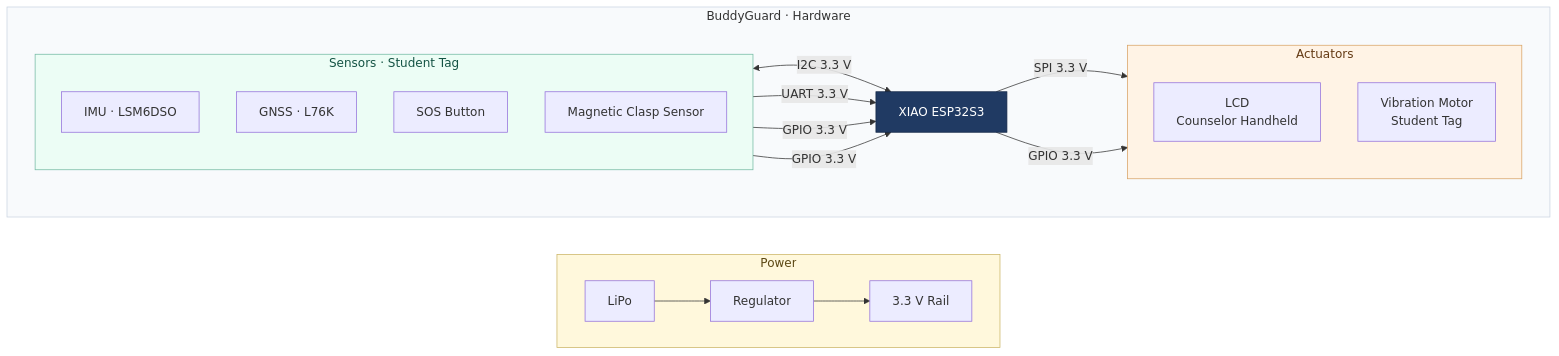
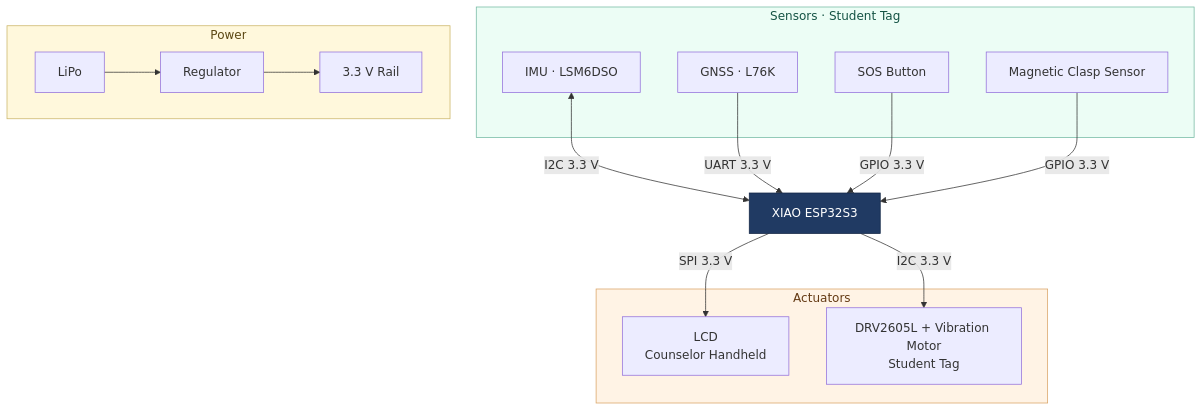
Before and after one commit to ese5180/f26-t02-wearable-buddy-system: the first of 2 diagrams in docs/CONCEPT.md, drawn with Mermaid. The commit also changed other lines of this file, not shown here.

````diff
--- a/docs/CONCEPT.md
+++ b/docs/CONCEPT.md
@@ -61,42 +63,33 @@
 ```mermaid
 flowchart TB
-    subgraph HARDWARE["BuddyGuard · Hardware"]
-        direction LR
+    subgraph SENSORS["Sensors · Student Tag"]
+        IMU["IMU · LSM6DSO"]
+        GNSS["GNSS · L76K"]
+        SOS["SOS Button"]
+        CLASP["Magnetic Clasp Sensor"]
+    end
 
-        subgraph SENSORS["Sensors · Student Tag"]
-            direction TB
-            IMU["IMU · LSM6DSO"]
-            GNSS["GNSS · L76K"]
-            SOS["SOS Button"]
-            CLASP["Magnetic Clasp Sensor"]
-        end
+    MCU["XIAO ESP32S3"]
 
-        MCU["XIAO ESP32S3"]
-
-        subgraph ACTUATORS["Actuators"]
-            direction TB
-            LCD["LCD<br/>Counselor Handheld"]
-            MOTOR["Vibration Motor<br/>Student Tag"]
-        end
-
-        IMU <-->|"I2C 3.3 V"| MCU
-        GNSS -->|"UART 3.3 V"| MCU
-        SOS -->|"GPIO 3.3 V"| MCU
-        CLASP -->|"GPIO 3.3 V"| MCU
-        MCU -->|"SPI 3.3 V"| LCD
-        MCU -->|"GPIO 3.3 V"| MOTOR
+    subgraph ACTUATORS["Actuators"]
+        LCD["LCD<br/>Counselor Handheld"]
+        MOTOR["DRV2605L + Vibration Motor<br/>Student Tag"]
     end
 
     subgraph POWER["Power"]
-        direction LR
-        LIPO["LiPo"] --> REG["Regulator"] --> RAIL["3.3 V Rail"]
+        LIPO["LiPo"] --> REG["Regulator"]
+        REG --> RAIL["3.3 V Rail"]
     end
 
-    HARDWARE ~~~ POWER
+    IMU <-->|"I2C 3.3 V"| MCU
+    GNSS -->|"UART 3.3 V"| MCU
+    SOS -->|"GPIO 3.3 V"| MCU
+    CLASP -->|"GPIO 3.3 V"| MCU
+    MCU -->|"SPI 3.3 V"| LCD
+    MCU -->|"I2C 3.3 V"| MOTOR
 
-    style HARDWARE fill:#F8FAFC,stroke:#CBD5E1
     style SENSORS fill:#ECFDF5,stroke:#74B9A3,color:#145344
     style MCU fill:#203A63,stroke:#142746,color:#FFFFFF
     style ACTUATORS fill:#FFF3E5,stroke:#D9A365,color:#653B15
     style POWER fill:#FFF8DC,stroke:#CBB567,color:#5C4814
 ```
````
